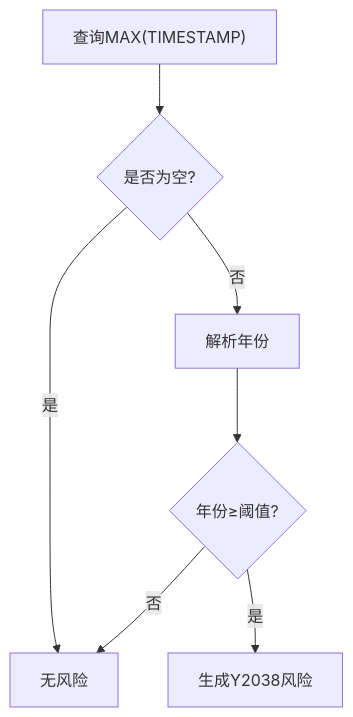
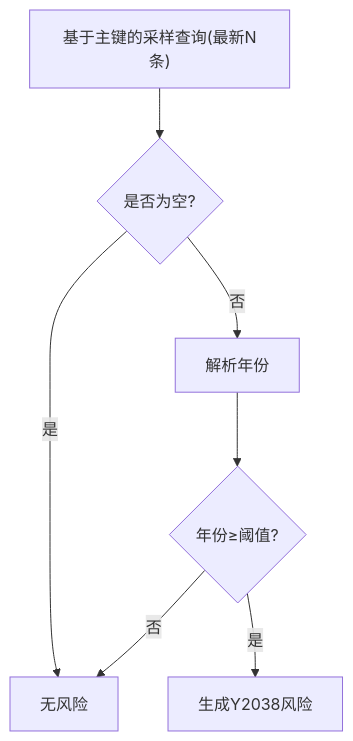
One commit to zzjxmy/mysql-risk-filed-check changed the sixth of 8 diagrams in .qoder/repowiki/zh/content/核心功能模块/风险检测引擎.md. Above: the diagram before and after it, drawn with Mermaid. The commit also changed other lines of this file and 6 other files, not shown here.

````diff
--- a/.qoder/repowiki/zh/content/核心功能模块/风险检测引擎.md
+++ b/.qoder/repowiki/zh/content/核心功能模块/风险检测引擎.md
@@ -252,9 +327,9 @@
 ```mermaid
 flowchart TD
-A["查询MAX(TIMESTAMP)"] --> B{"是否为空?"}
+A["基于主键的采样查询(最新N条)"] --> B{"是否为空?"}
 B --> |是| C["无风险"]
 B --> |否| D["解析年份"]
 D --> E{"年份≥阈值?"}
 E --> |是| F["生成Y2038风险"]
 E --> |否| C
 ```
````
